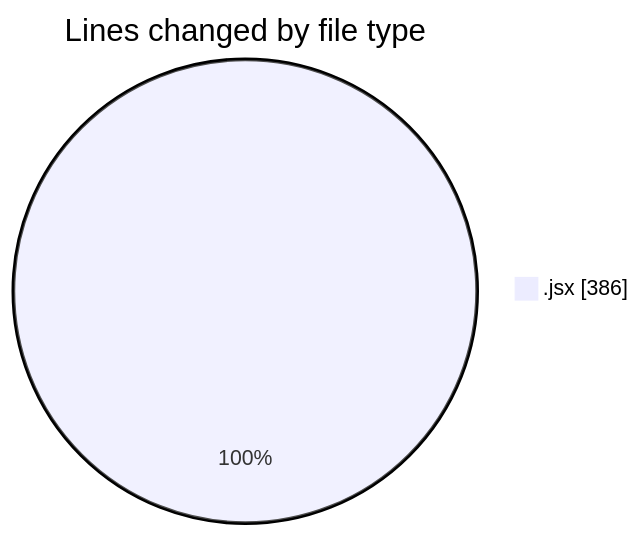
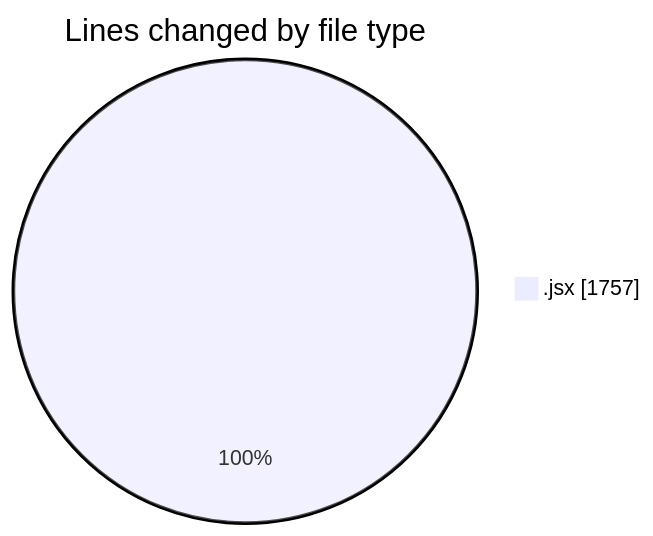
One commit to nxtqubesakshisongat/code-tracking changed the first of 2 diagrams in 2025-12-04/nxtqube_webapp/README.md. Above: the diagram before and after it, drawn with Mermaid. The commit also changed other lines of this file and 1 other file, not shown here.

````diff
--- a/2025-12-04/nxtqube_webapp/README.md
+++ b/2025-12-04/nxtqube_webapp/README.md
@@ -20,5 +21,5 @@
 ```mermaid
 pie showData
 title Lines changed by file type
-".jsx" : 386
+".jsx" : 1757
 ```
````
